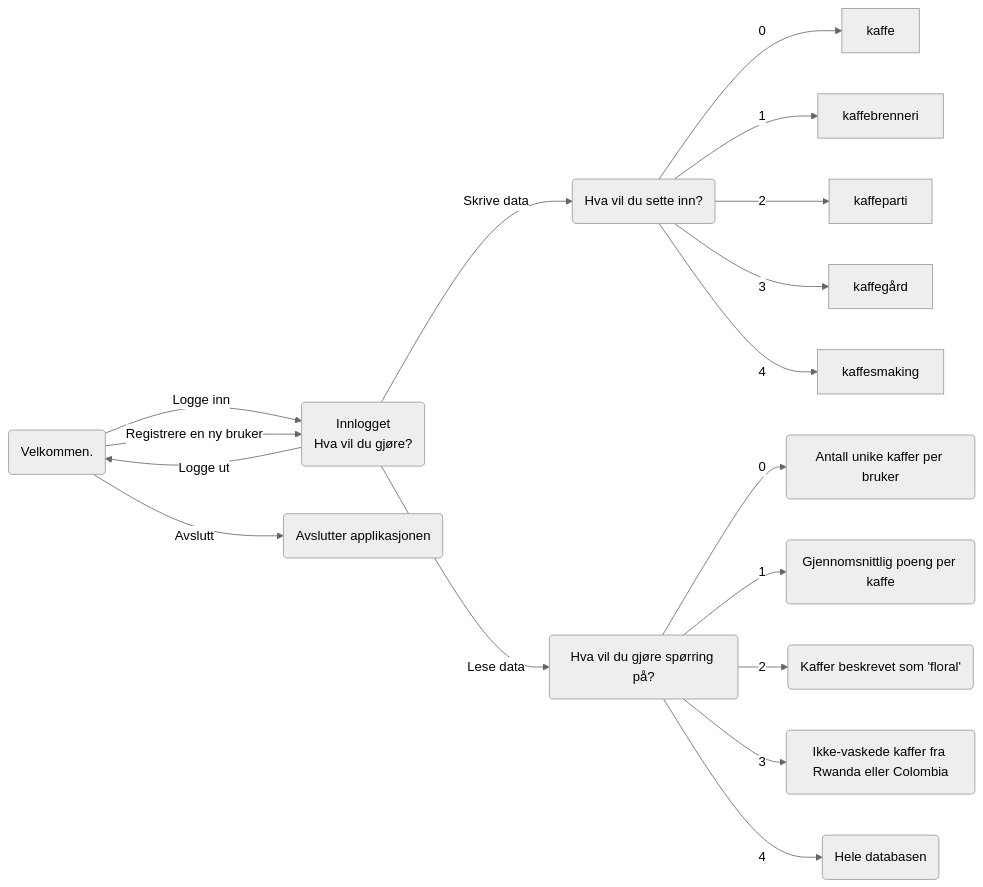
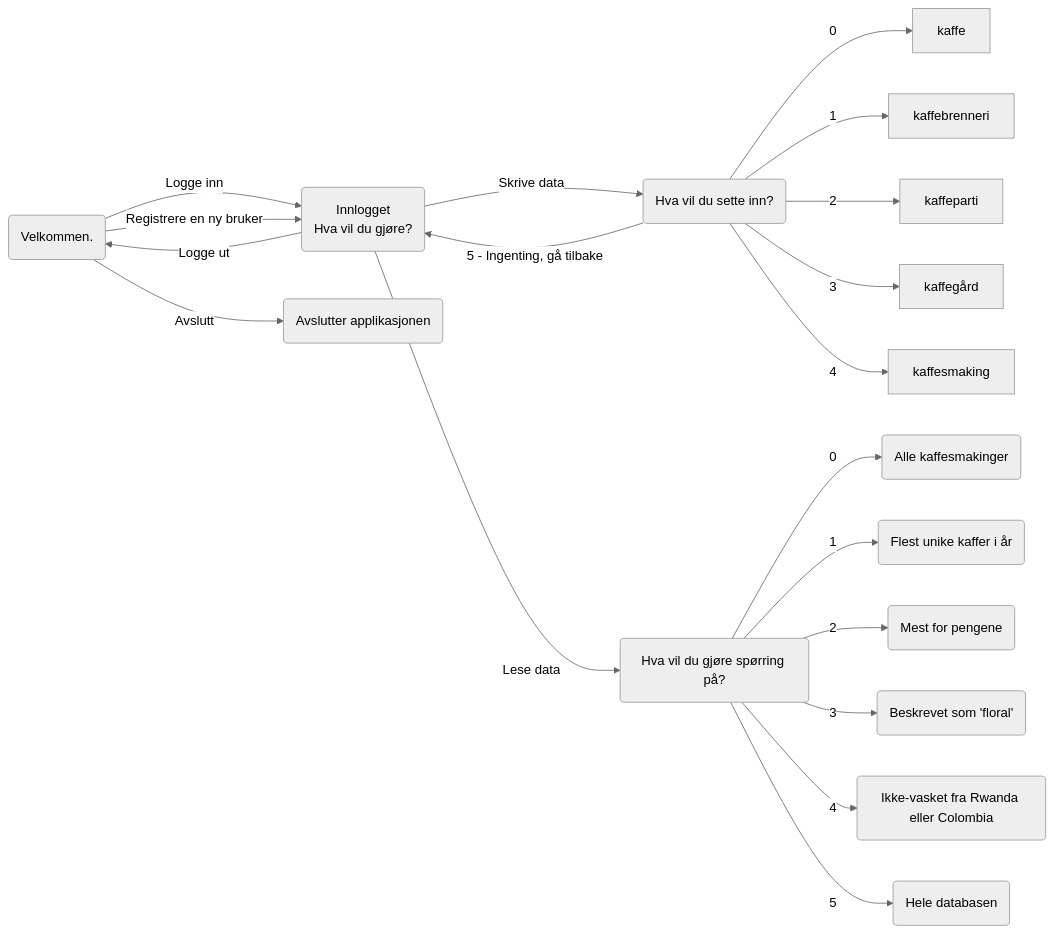
Before and after one commit to magnetenstad/TDT4145-project: the first of 2 diagrams in db2/README.md, drawn with Mermaid (neutral theme). The commit also changed other lines of this file and 2 other files, not shown here.

````diff
--- a/db2/README.md
+++ b/db2/README.md
@@ -71,37 +66,40 @@
 ```mermaid
 flowchart LR
   main(Velkommen.)
 
   logged_in(Innlogget \n Hva vil du gjøre?)
   
   select(Hva vil du gjøre spørring på?)
   insert(Hva vil du sette inn?)
   exit(Avslutter applikasjonen)
 
-  select_1(Antall unike kaffer per bruker)
-  select_2(Gjennomsnittlig poeng per kaffe)
-  select_3(Kaffer beskrevet som 'floral')
-  select_4(Ikke-vaskede kaffer fra Rwanda eller Colombia)
+  select_0(Alle kaffesmakinger)
+  select_1(Flest unike kaffer i år)
+  select_2(Mest for pengene)
+  select_3(Beskrevet som 'floral')
+  select_4(Ikke-vasket fra Rwanda eller Colombia)
   select_5(Hele databasen)
 
   main -->|Logge inn| logged_in
   main -->|Registrere en ny bruker| logged_in
   main -->|Avslutt| exit
 
   logged_in -->|Skrive data| insert
   logged_in -->|Lese data| select
   logged_in -->|Logge ut| main
 
-  select -->|0| select_1
-  select -->|1| select_2
-  select -->|2| select_3
-  select -->|3| select_4
-  select -->|4| select_5
+  select -->|0| select_0
+  select -->|1| select_1
+  select -->|2| select_2
+  select -->|3| select_3
+  select -->|4| select_4
+  select -->|5| select_5
 
   insert --> |0| kaffe
   insert --> |1| kaffebrenneri
   insert --> |2| kaffeparti
   insert --> |3| kaffegård
   insert --> |4| kaffesmaking
+  insert --> |5 - Ingenting, gå tilbake | logged_in
 
 ```
````
